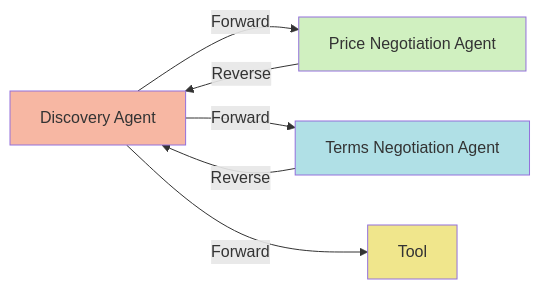
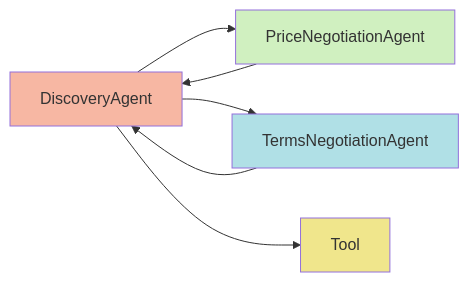
The third of 13 diagrams in arch/bap-state-machine.md (beckn/transactional-ai-bap), drawn with Mermaid before and after one commit. The commit also changed other lines of this file, not shown here.

````diff
--- a/arch/bap-state-machine.md
+++ b/arch/bap-state-machine.md
@@ -131,13 +132,14 @@
 ```mermaid
 graph LR
-    D[Discovery Agent] -->|Forward| PN[Price Negotiation Agent]
-    D -->|Forward| TN[Terms Negotiation Agent]
-    D -->|Forward| Tool
-    PN -->|Reverse| D
-    TN -->|Reverse| D
+    DiscoveryAgent --> PriceNegotiationAgent
+    DiscoveryAgent --> TermsNegotiationAgent
+    DiscoveryAgent --> Tool
+    PriceNegotiationAgent --> DiscoveryAgent
+    TermsNegotiationAgent --> DiscoveryAgent
 
-    style D fill:#f7b7a3
-    style PN fill:#d0f0c0
-    style TN fill:#b0e0e6
+    style DiscoveryAgent fill:#f7b7a3
+    style PriceNegotiationAgent fill:#d0f0c0
+    style TermsNegotiationAgent fill:#b0e0e6
     style Tool fill:#f0e68c
+
 ```
````
